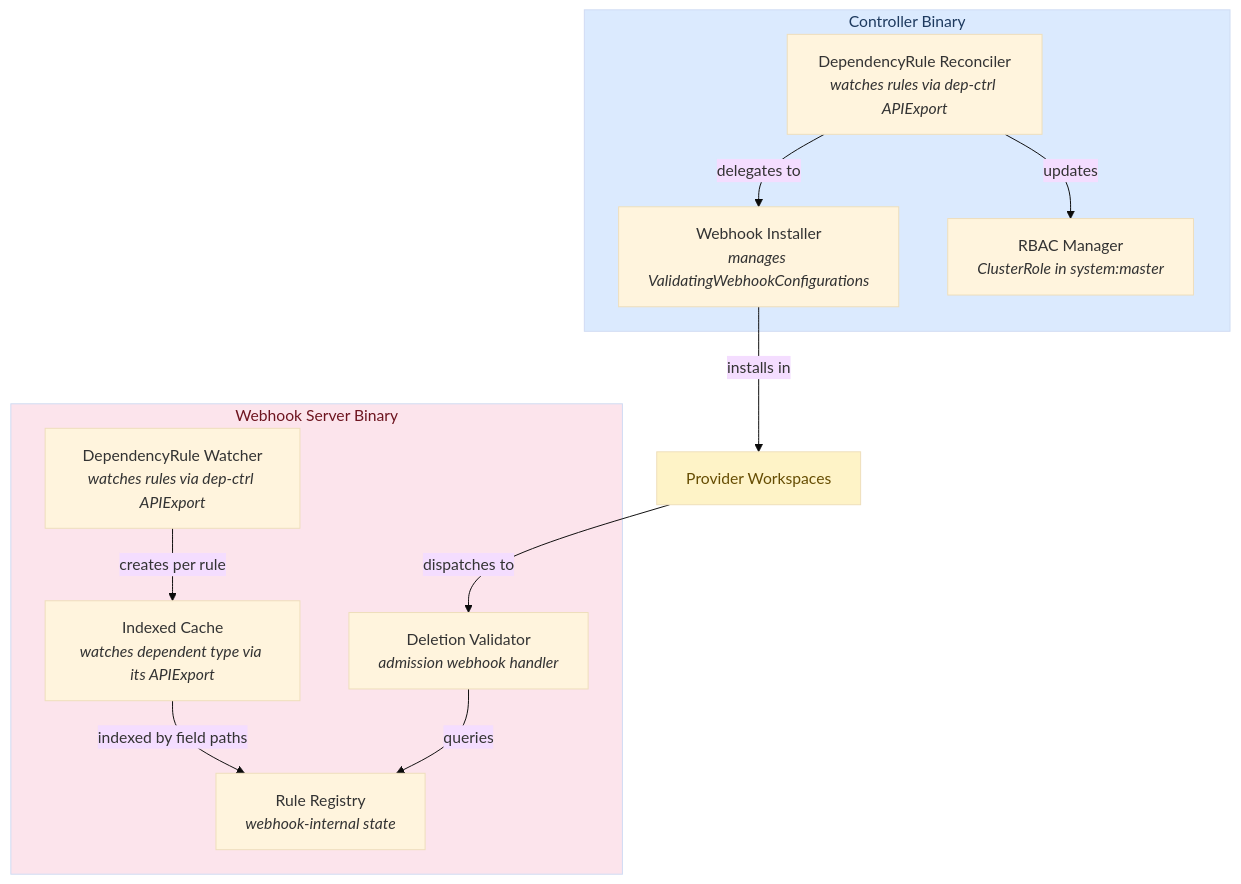
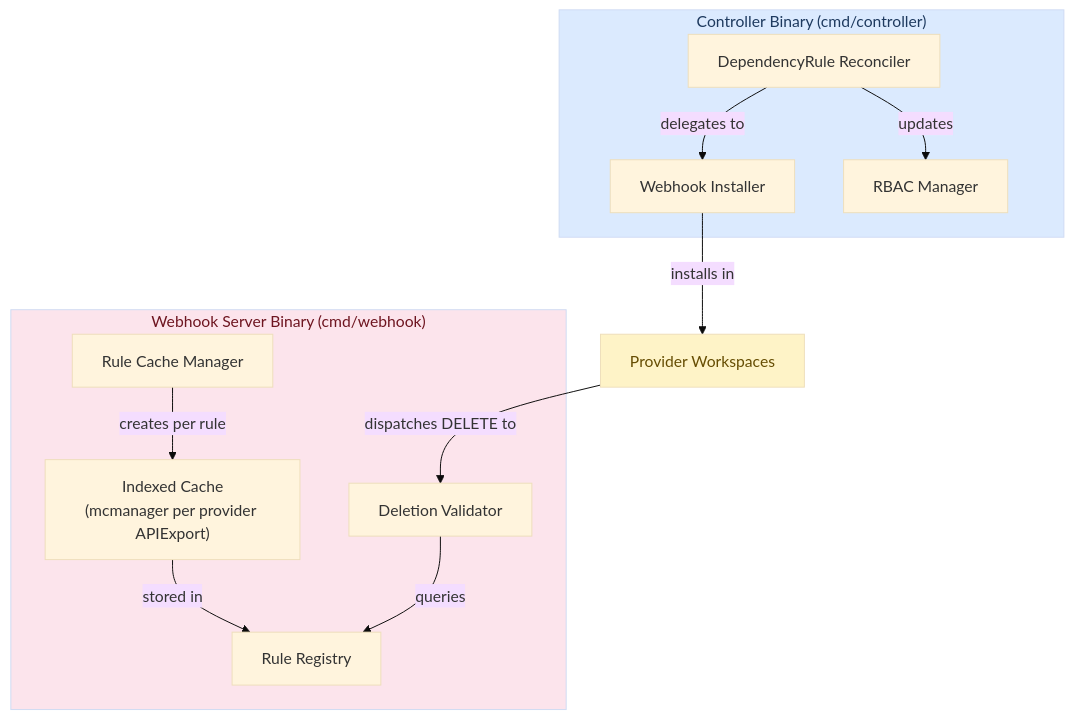
One commit to opendefensecloud/dependency-controller changed the second of 2 diagrams in docs/architecture.md. Above: the diagram before and after it, drawn with Mermaid (base theme). The commit also changed other lines of this file, not shown here.

Commit message:
improve architecture doc

````diff
--- a/docs/architecture.md
+++ b/docs/architecture.md
@@ -89,23 +78,23 @@
 ```mermaid
 flowchart TD
-    subgraph Controller["Controller Binary"]
-        DR["DependencyRule Reconciler<br/><i>watches rules via dep-ctrl APIExport</i>"]
-        DR -->|delegates to| WI["Webhook Installer<br/><i>manages ValidatingWebhookConfigurations</i>"]
-        DR -->|updates| RBAC["RBAC Manager<br/><i>ClusterRole in system:master</i>"]
+    subgraph Controller["Controller Binary (cmd/controller)"]
+        DR["DependencyRule Reconciler"]
+        DR -->|delegates to| WI["Webhook Installer"]
+        DR -->|updates| RBAC["RBAC Manager"]
     end
 
-    subgraph Webhook["Webhook Server Binary"]
-        RW["DependencyRule Watcher<br/><i>watches rules via dep-ctrl APIExport</i>"]
-        RW -->|"creates per rule"| IC["Indexed Cache<br/><i>watches dependent type via its APIExport</i>"]
-        IC -->|"indexed by field paths"| RR["Rule Registry<br/><i>webhook-internal state</i>"]
-        DV["Deletion Validator<br/><i>admission webhook handler</i>"]
+    subgraph Webhook["Webhook Server Binary (cmd/webhook)"]
+        RCM["Rule Cache Manager"]
+        RCM -->|"creates per rule"| IC["Indexed Cache<br/>(mcmanager per provider APIExport)"]
+        IC -->|"stored in"| RR["Rule Registry"]
+        DV["Deletion Validator"]
         DV -->|"queries"| RR
     end
 
     WI -->|"installs in"| PW["Provider Workspaces"]
-    PW -->|"dispatches to"| DV
+    PW -->|"dispatches DELETE to"| DV
 
     style Controller fill:#dbeafe,color:#1e3a5f
     style Webhook fill:#fce4ec,color:#6e1520
     style PW fill:#fef3c7,color:#664d03
 ```
````
